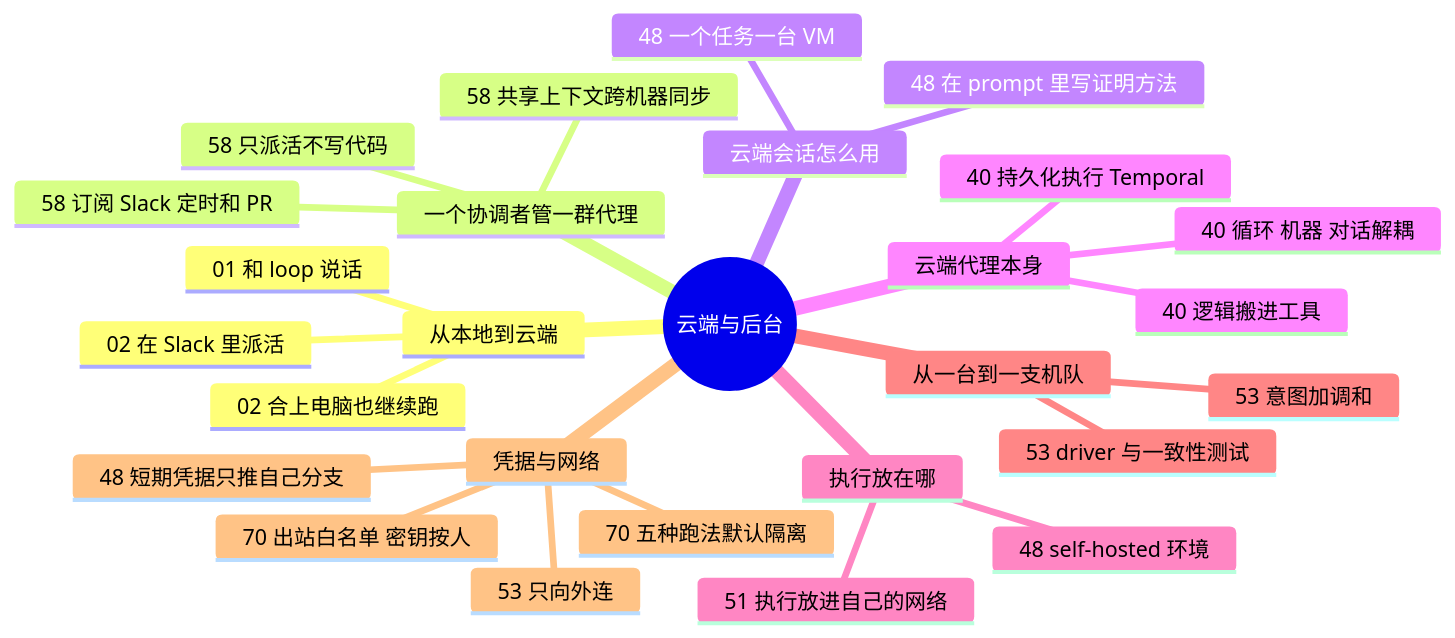
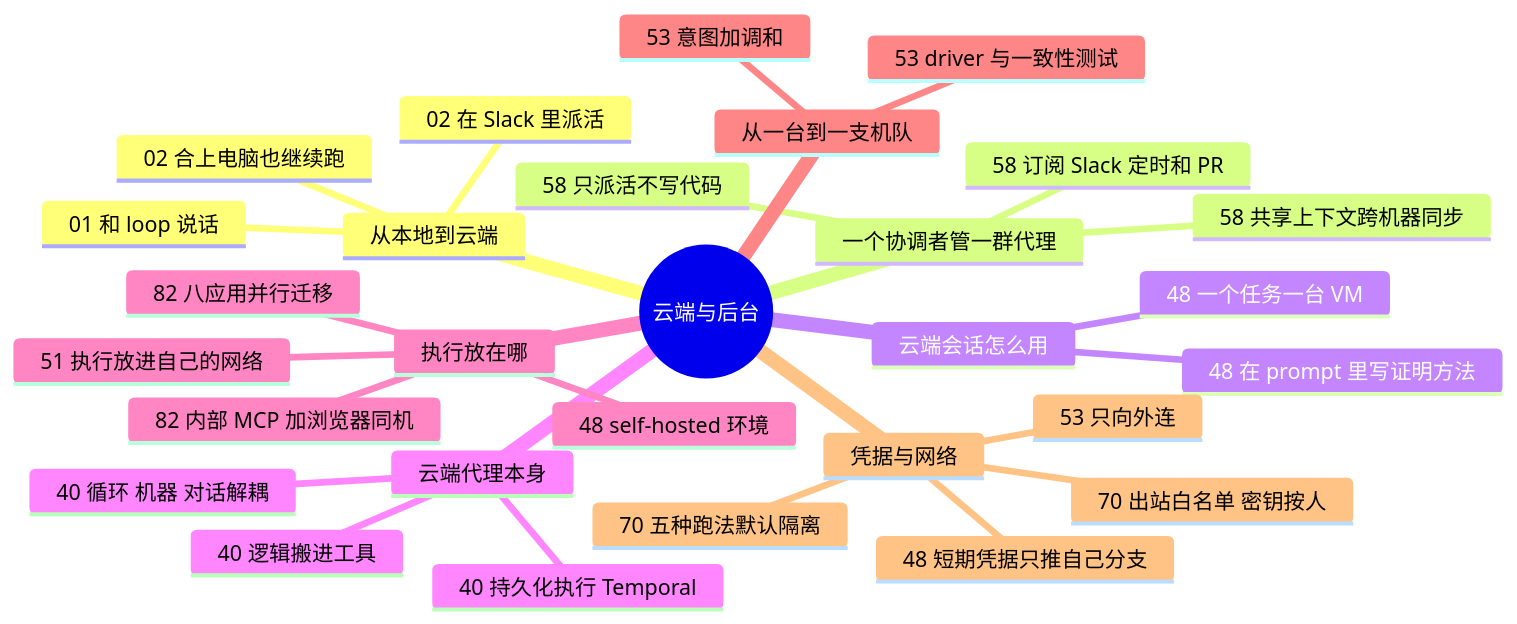
The diagram in docs/guide/cloud.md (yzw7489757/ai-coding-videos), drawn with Mermaid before and after one commit. The commit also changed other lines of this file and 17 other files, not shown here.

````diff
--- a/docs/guide/cloud.md
+++ b/docs/guide/cloud.md
@@ -13,30 +13,32 @@
 ```mermaid
 mindmap
   root((云端与后台))
     从本地到云端
       01 和 loop 说话
       02 合上电脑也继续跑
       02 在 Slack 里派活
     一个协调者管一群代理
       58 只派活不写代码
       58 共享上下文跨机器同步
       58 订阅 Slack 定时和 PR
     云端会话怎么用
       48 一个任务一台 VM
       48 在 prompt 里写证明方法
     云端代理本身
       40 持久化执行 Temporal
       40 循环 机器 对话解耦
       40 逻辑搬进工具
     执行放在哪
       51 执行放进自己的网络
       48 self-hosted 环境
+      82 内部 MCP 加浏览器同机
+      82 八应用并行迁移
     从一台到一支机队
       53 意图加调和
       53 driver 与一致性测试
     凭据与网络
       48 短期凭据只推自己分支
       53 只向外连
       70 出站白名单 密钥按人
       70 五种跑法默认隔离
 ```
````
